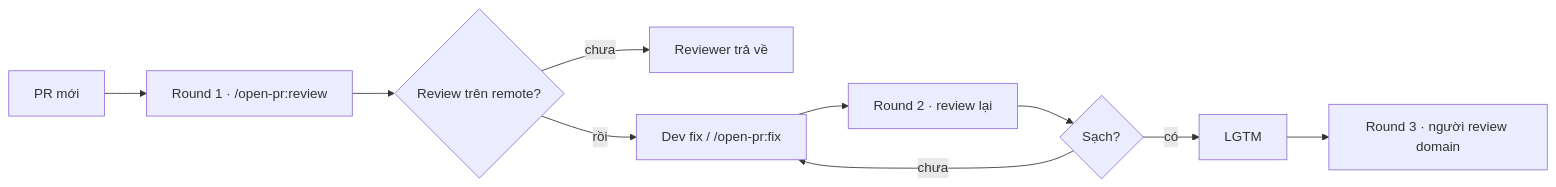
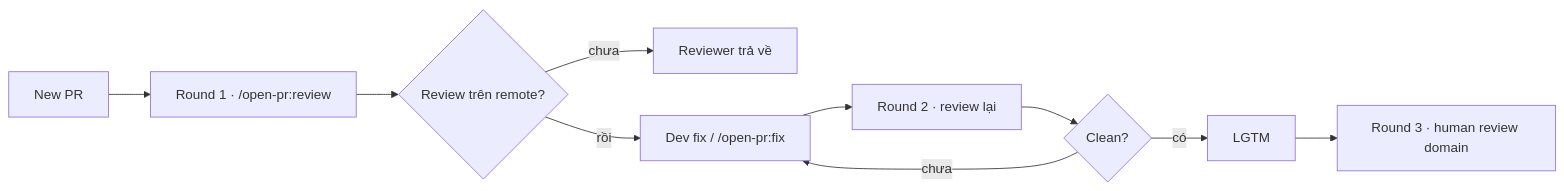
One commit to TOMOSIA-VIETNAM/open-pr changed the diagram in README.vi.md. Above: the diagram before and after it, drawn with Mermaid. The commit also changed other lines of this file, not shown here.

````diff
--- a/README.vi.md
+++ b/README.vi.md
@@ -94,12 +91,12 @@
 ```mermaid
 flowchart LR
-  A[PR mới] --> B["Round 1 · /open-pr:review"]
+  A[New PR] --> B["Round 1 · /open-pr:review"]
   B --> C{Review trên remote?}
   C -- chưa --> D[Reviewer trả về]
   C -- rồi --> E[Dev fix / /open-pr:fix]
   E --> F["Round 2 · review lại"]
-  F --> G{Sạch?}
+  F --> G{Clean?}
   G -- có --> H[LGTM]
   G -- chưa --> E
-  H --> I[Round 3 · người review domain]
+  H --> I[Round 3 · human review domain]
 ```
````
